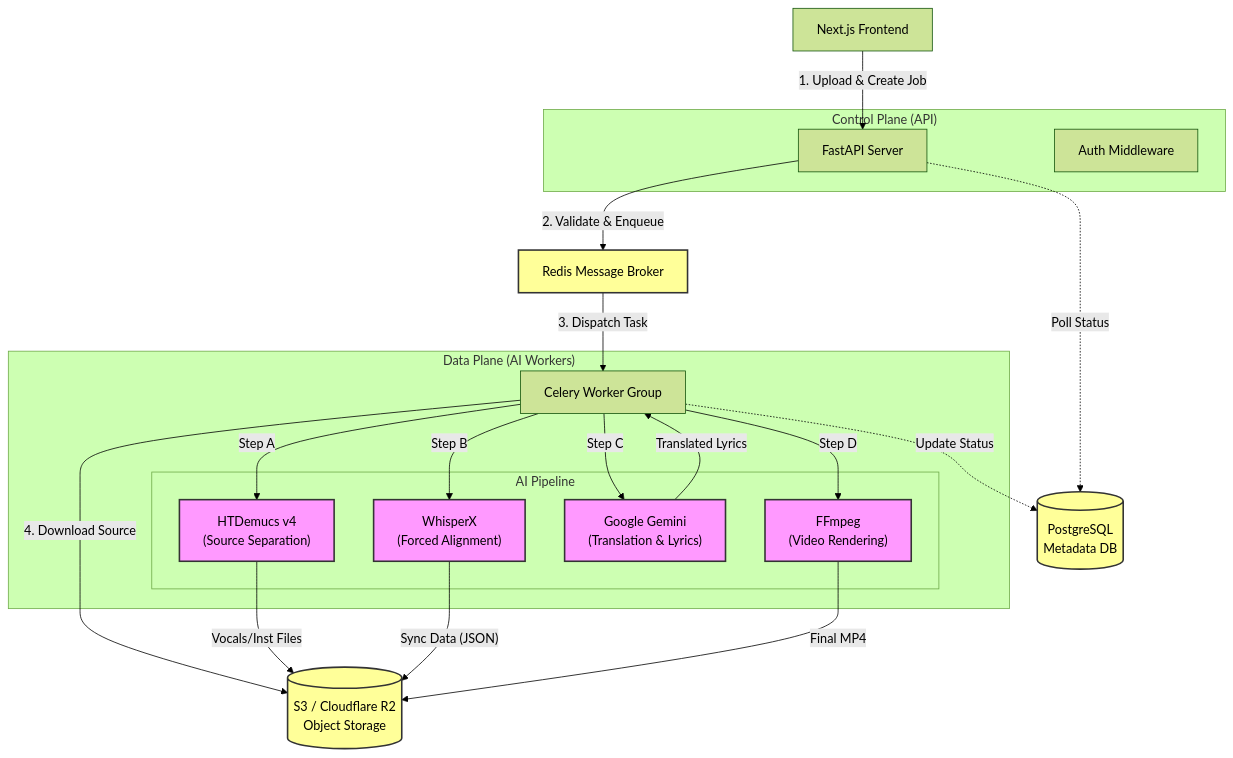
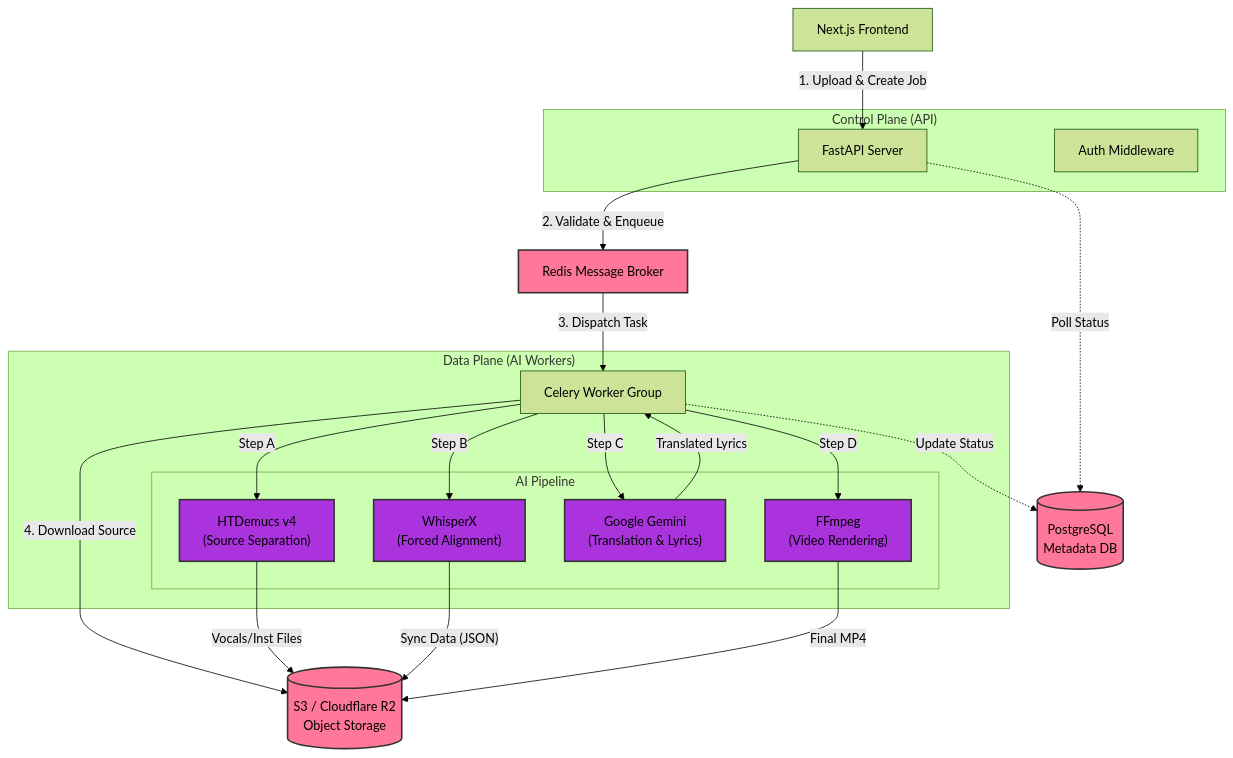
One commit to hseunghwan/karaoke-generator changed the diagram in backend/README.md. Above: the diagram before and after it, drawn with Mermaid (forest theme). The commit also changed 5 other files, not shown here.

````diff
--- a/backend/README.md
+++ b/backend/README.md
@@ -9,57 +9,57 @@
 ```mermaid
 graph TD
     %% Nodes
     Client[Next.js Frontend]
 
     subgraph "Control Plane (API)"
         API[FastAPI Server]
         Auth[Auth Middleware]
     end
 
     Broker[Redis Message Broker]
 
     subgraph "Data Plane (AI Workers)"
         Worker[Celery Worker Group]
 
         subgraph "AI Pipeline"
             Demucs["HTDemucs v4<br/>(Source Separation)"]
             Whisper["WhisperX<br/>(Forced Alignment)"]
             LLM["Google Gemini<br/>(Translation & Lyrics)"]
             FFmpeg["FFmpeg<br/>(Video Rendering)"]
         end
     end
 
     Storage[("S3 / Cloudflare R2<br/>Object Storage")]
     DB[("PostgreSQL<br/>Metadata DB")]
 
     %% Flows
     Client -->|1. Upload & Create Job| API
     API -->|2. Validate & Enqueue| Broker
     Broker -->|3. Dispatch Task| Worker
 
     Worker -->|4. Download Source| Storage
 
     %% Pipeline Logic
     Worker -->|Step A| Demucs
     Demucs -->|Vocals/Inst Files| Storage
 
     Worker -->|Step B| Whisper
     %% FIXED LINE BELOW: Changed to string syntax to handle parentheses
     Whisper -- "Sync Data (JSON)" --> Storage
 
     Worker -->|Step C| LLM
     LLM -->|Translated Lyrics| Worker
 
     Worker -->|Step D| FFmpeg
     FFmpeg -->|Final MP4| Storage
 
     %% Status Updates
     Worker -.->|Update Status| DB
     API -.->|Poll Status| DB
 
     %% Styles
-    classDef ai fill:#f9f,stroke:#333,stroke-width:2px;
-    classDef storage fill:#ff9,stroke:#333,stroke-width:2px;
+    classDef ai fill:#a3d,stroke:#333,stroke-width:2px;
+    classDef storage fill:#f79,stroke:#333,stroke-width:2px;
     class Demucs,Whisper,LLM,FFmpeg ai;
     class Storage,DB,Broker storage;
 ```
````
